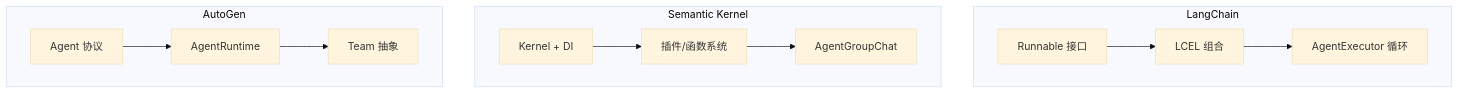
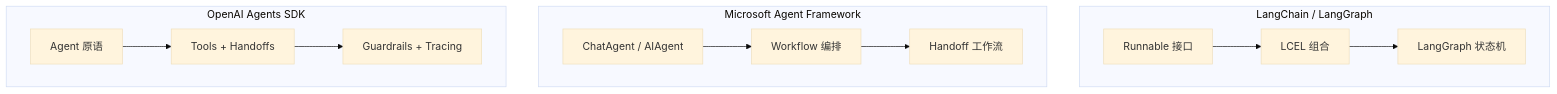
One commit to changjian-wang/dawning-agents changed the diagram in docs/readings/05-framework-comparison/framework-comparison-zh.md. Above: the diagram before and after it, drawn with Mermaid (base theme). The commit also changed other lines of this file and 1 other file, not shown here.

````diff
--- a/docs/readings/05-framework-comparison/framework-comparison-zh.md
+++ b/docs/readings/05-framework-comparison/framework-comparison-zh.md
@@ -18,23 +23,23 @@
 ```mermaid
 graph TB
-    subgraph "LangChain"
+    subgraph "LangChain / LangGraph"
         LC1[Runnable 接口]
         LC2[LCEL 组合]
-        LC3[AgentExecutor 循环]
+        LC3[LangGraph 状态机]
         LC1 --> LC2 --> LC3
     end
     
-    subgraph "Semantic Kernel"
-        SK1[Kernel + DI]
-        SK2[插件/函数系统]
-        SK3[AgentGroupChat]
-        SK1 --> SK2 --> SK3
+    subgraph "Microsoft Agent Framework"
+        MS1[ChatAgent / AIAgent]
+        MS2[Workflow 编排]
+        MS3[Handoff 工作流]
+        MS1 --> MS2 --> MS3
     end
     
-    subgraph "AutoGen"
-        AG1[Agent 协议]
-        AG2[AgentRuntime]
-        AG3[Team 抽象]
-        AG1 --> AG2 --> AG3
+    subgraph "OpenAI Agents SDK"
+        OA1[Agent 原语]
+        OA2[Tools + Handoffs]
+        OA3[Guardrails + Tracing]
+        OA1 --> OA2 --> OA3
     end
 ```
````
